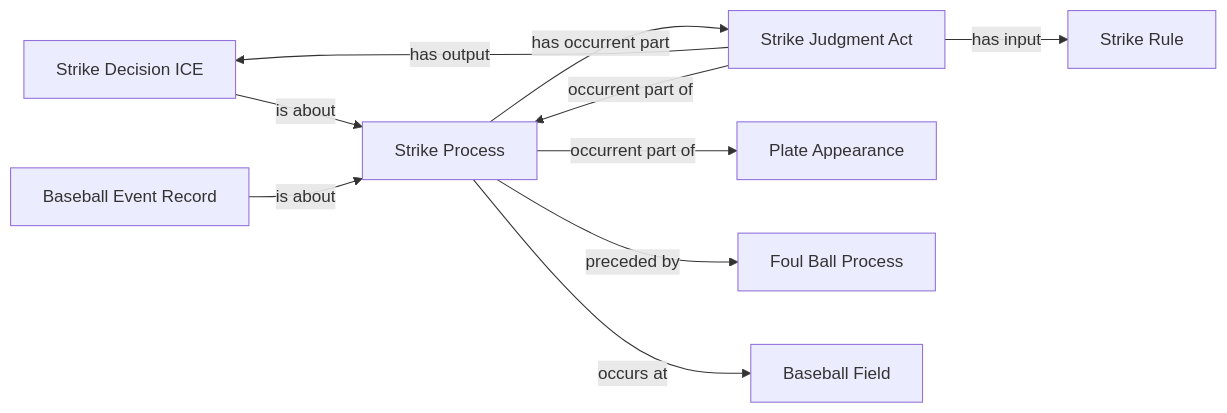
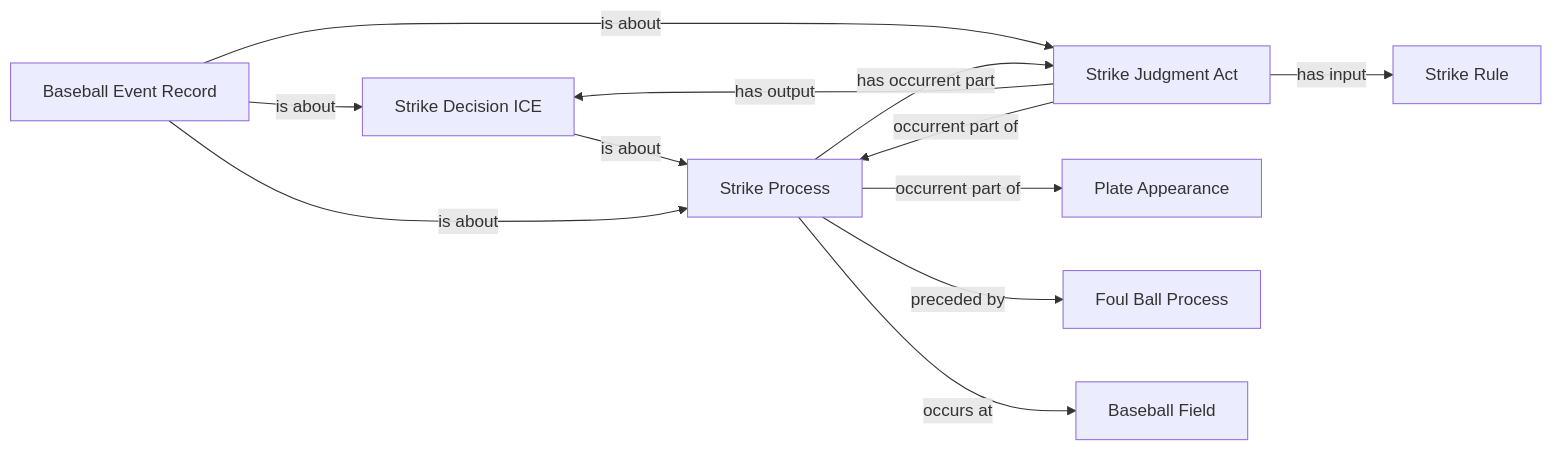
One commit to CarterBeauBenson/BaseballO changed the diagram in Baseball/mermaid/patterns/ontology/18-counted-foul-strike.md. Above: the diagram before and after it, drawn with Mermaid. The commit also changed other lines of this file and 152 other files, not shown here.

````diff
--- a/Baseball/mermaid/patterns/ontology/18-counted-foul-strike.md
+++ b/Baseball/mermaid/patterns/ontology/18-counted-foul-strike.md
@@ -10,20 +10,22 @@
 ```mermaid
 flowchart LR
     N01["Strike Rule"]
     N02["Strike Decision ICE"]
-    N03["Baseball Event Record"]
-    N04["Strike Judgment Act"]
+    N03["Strike Judgment Act"]
+    N04["Baseball Event Record"]
     N05["Plate Appearance"]
     N06["Foul Ball Process"]
     N07["Strike Process"]
     N08["Baseball Field"]
     N02 -->|is about| N07
-    N03 -->|is about| N07
-    N04 -->|has input| N01
-    N04 -->|has output| N02
-    N04 -->|occurrent part of| N07
-    N07 -->|has occurrent part| N04
+    N03 -->|has input| N01
+    N03 -->|has output| N02
+    N03 -->|occurrent part of| N07
+    N04 -->|is about| N02
+    N04 -->|is about| N03
+    N04 -->|is about| N07
+    N07 -->|has occurrent part| N03
     N07 -->|occurrent part of| N05
     N07 -->|occurs at| N08
     N07 -->|preceded by| N06
 ```
````
